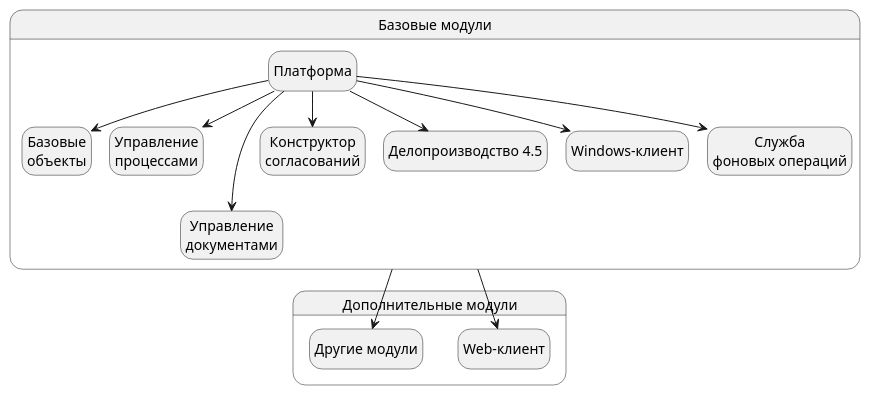
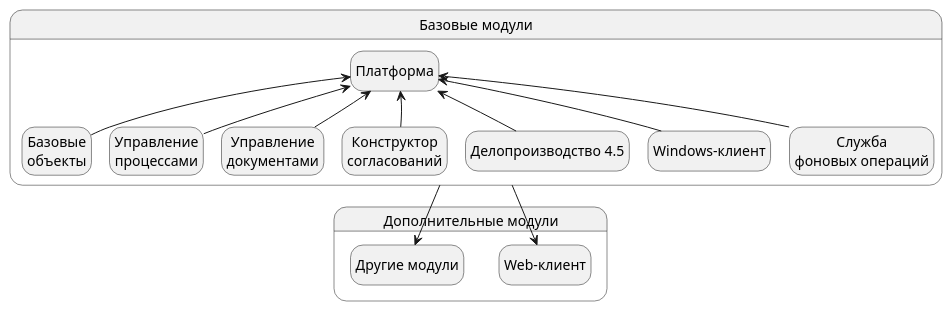
One commit to Docsvision/antora-install-guide changed the diagram in modules/ROOT/pages/index.adoc. Above: the diagram before and after it, drawn with PlantUML.

Commit message:
GBL-2788 / TSK-3118 -- воркер в базовые модули, диаграммы переделал

```diff
--- a/modules/ROOT/pages/index.adoc
+++ b/modules/ROOT/pages/index.adoc
@@ -30,41 +30,49 @@
 [plantuml, svg]
 ....
 @startuml
 hide empty description
 '!pragma layout elk
 skinparam rectangleBorderThickness 1
 skinparam defaultTextAlignment center
 skinparam lifelineStrategy solid
 skinparam monochrome true
 
 State "Базовые модули" as base {
 
 State "Платформа" as platform
 State "Базовые\nобъекты" as baseobjects
 State "Управление\nпроцессами" as workflow
 State "Управление\nдокументами" as documentmanagement
 State "Конструктор\nсогласований" as approvaldesigner
 State "Делопроизводство 4.5" as takeoffice
 State "Windows-клиент" as windowsclient
 State "Служба\nфоновых операций" as workerservice
 }
 
-platform --> baseobjects
-platform --> workflow
-platform --> takeoffice
-platform --> windowsclient
-platform ---> documentmanagement
-platform --> approvaldesigner
-platform --> workerservice
+baseobjects --> platform
+workflow --> platform
+takeoffice --> platform
+windowsclient --> platform
+documentmanagement --> platform
+approvaldesigner --> platform
+workerservice --> platform
+
+platform -[hidden]-> baseobjects
+platform -[hidden]-> workflow
+platform -[hidden]-> takeoffice
+platform -[hidden]-> windowsclient
+platform -[hidden]-> documentmanagement
+platform -[hidden]-> approvaldesigner
+platform -[hidden]-> workerservice
 
 State "Дополнительные модули" as additional {
 
 State "Web-клиент" as webclient
 State "Другие модули" as other
 }
 
 base --> webclient
 base --> other
 
 @enduml
 ....
```
